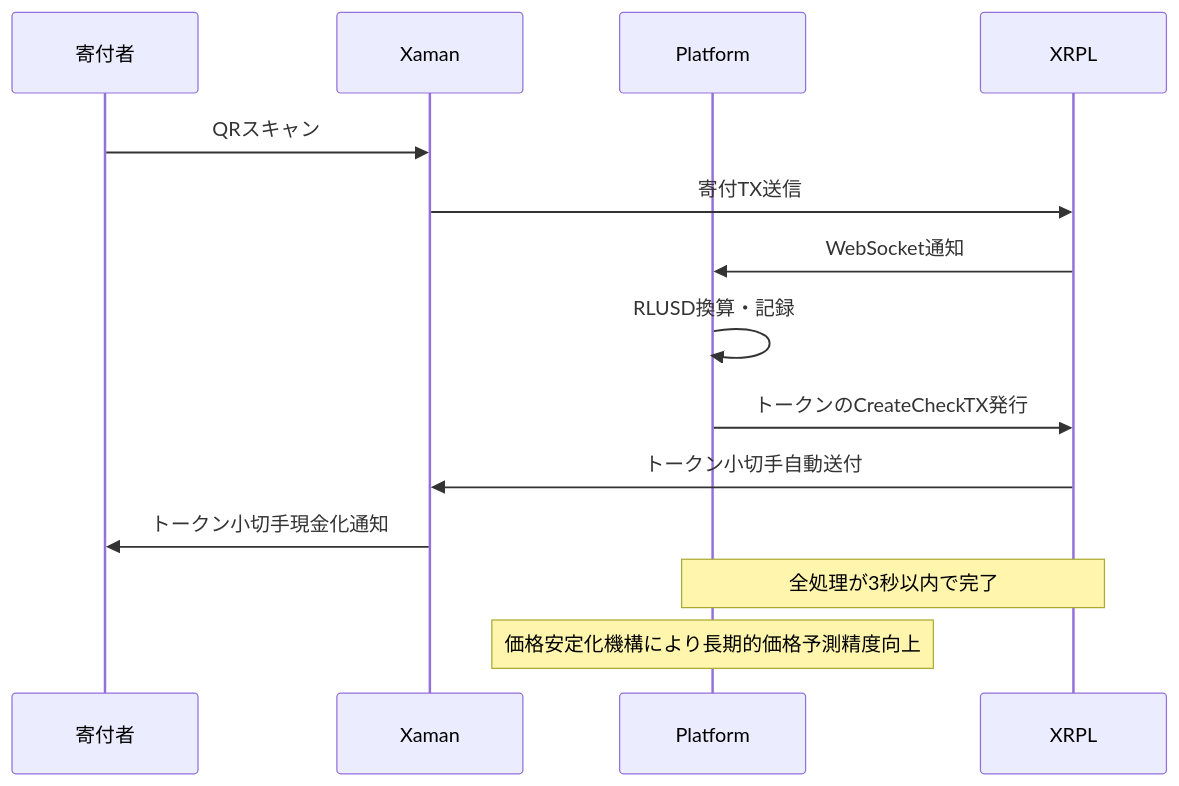
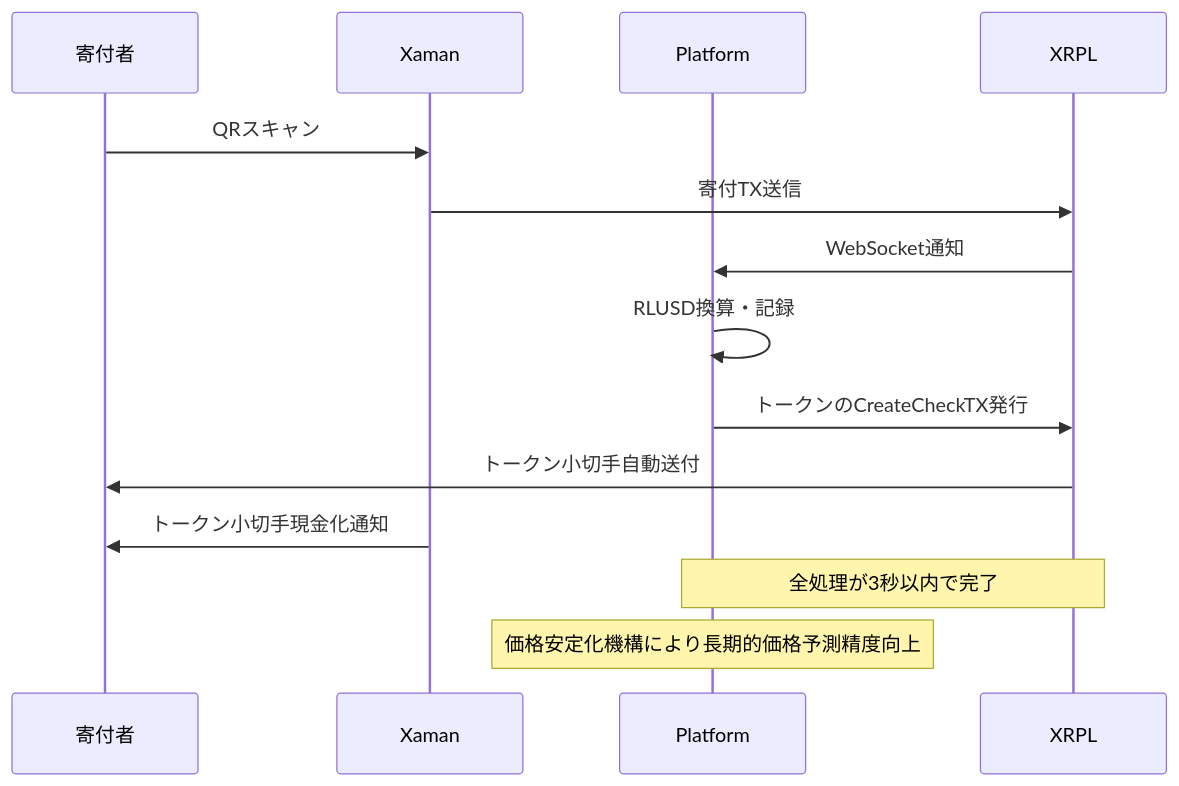
Before and after one commit to nrhrhysd616/oss-token-platform: the second of 2 diagrams in docs/Hackathon-About.md, drawn with Mermaid.

Commit message:
docs: fix marmaid

````diff
--- a/docs/Hackathon-About.md
+++ b/docs/Hackathon-About.md
@@ -124,18 +124,18 @@
 ```mermaid
 sequenceDiagram
     participant D as 寄付者
     participant X as Xaman
     participant P as Platform
     participant R as XRPL
 
     D->>X: QRスキャン
     X->>R: 寄付TX送信
     R->>P: WebSocket通知
     P->>P: RLUSD換算・記録
     P->>R: トークンのCreateCheckTX発行
-    R->>X: トークン小切手自動送付
+    R->>D: トークン小切手自動送付
     X->>D: トークン小切手現金化通知
 
     Note over P,R: 全処理が3秒以内で完了
     Note over P: 価格安定化機構により長期的価格予測精度向上
 ```
````
